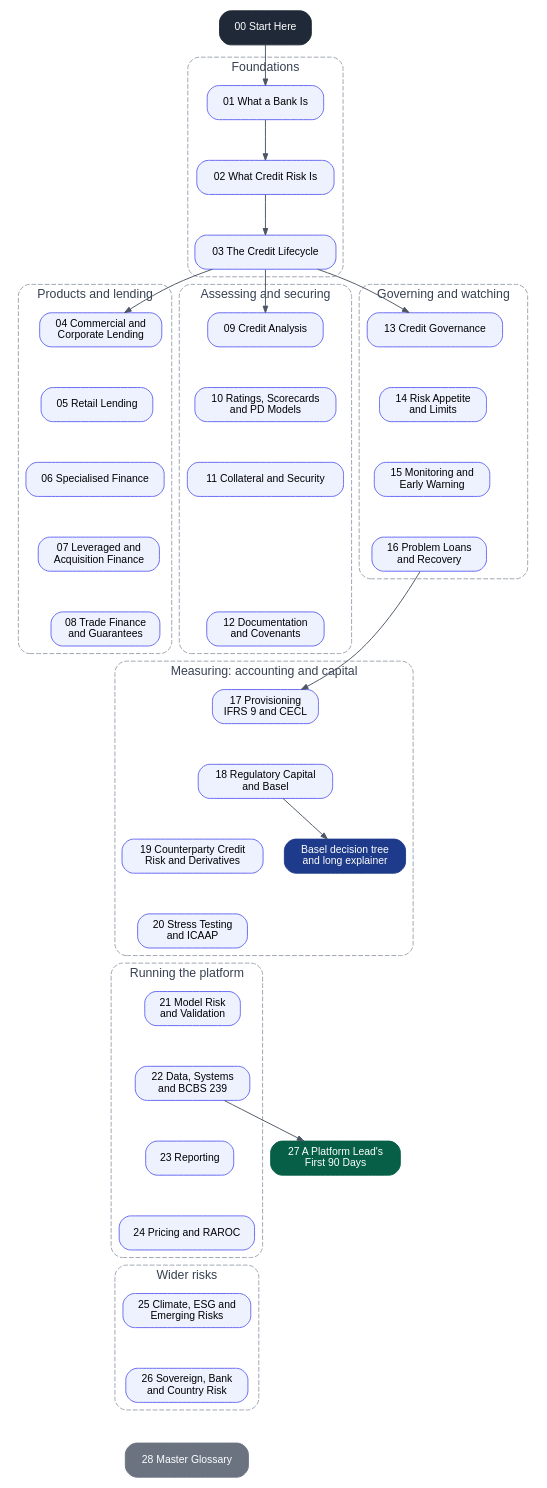
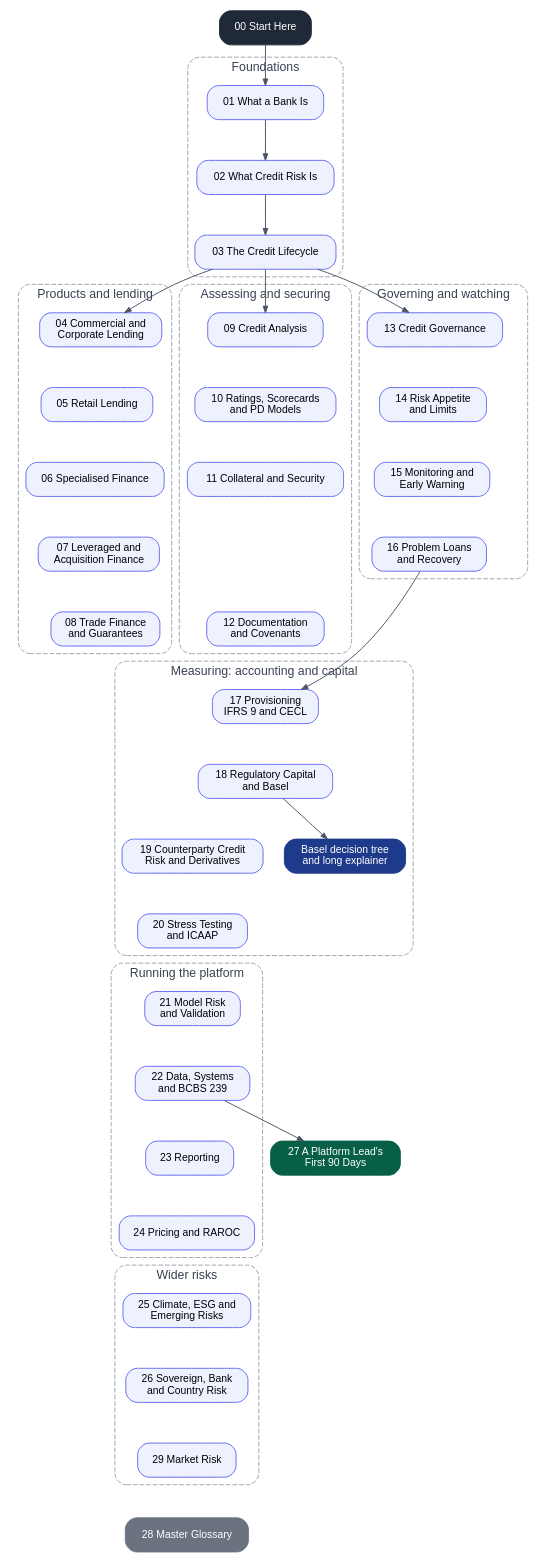
The diagram in docs/credit-risk-bible/diagrams/00-vault-map.dot (datamitguy/AI-explaiers), drawn with Graphviz before and after one commit. The commit also changed 7 other files, not shown here.

First line of the commit message:
Wire market risk note 29 into the vault

```diff
--- a/docs/credit-risk-bible/diagrams/00-vault-map.dot
+++ b/docs/credit-risk-bible/diagrams/00-vault-map.dot
@@ -1,51 +1,51 @@
 digraph VaultMap {
   graph [rankdir=TB, splines=true, nodesep=0.3, ranksep=0.6, fontname="Helvetica", fontsize=13, bgcolor="white", newrank=true];
   node  [shape=box, style="rounded,filled", fillcolor="#eef2ff", color="#6366f1", fontname="Helvetica", fontsize=11, margin="0.15,0.08"];
   edge  [color="#4b5563", arrowsize=0.7];
 
   Start [label="00 Start Here", fillcolor="#1f2937", fontcolor="white", color="#1f2937"];
 
   subgraph cluster_a { label="Foundations"; style="rounded,dashed"; color="#9ca3af"; fontcolor="#374151";
     N01 [label="01 What a Bank Is"]; N02 [label="02 What Credit Risk Is"]; N03 [label="03 The Credit Lifecycle"];
   }
   subgraph cluster_b { label="Products and lending"; style="rounded,dashed"; color="#9ca3af"; fontcolor="#374151";
     N04 [label="04 Commercial and\nCorporate Lending"]; N05 [label="05 Retail Lending"];
     N06 [label="06 Specialised Finance"]; N07 [label="07 Leveraged and\nAcquisition Finance"]; N08 [label="08 Trade Finance\nand Guarantees"];
   }
   subgraph cluster_c { label="Assessing and securing"; style="rounded,dashed"; color="#9ca3af"; fontcolor="#374151";
     N09 [label="09 Credit Analysis"]; N10 [label="10 Ratings, Scorecards\nand PD Models"];
     N11 [label="11 Collateral and Security"]; N12 [label="12 Documentation\nand Covenants"];
   }
   subgraph cluster_d { label="Governing and watching"; style="rounded,dashed"; color="#9ca3af"; fontcolor="#374151";
     N13 [label="13 Credit Governance"]; N14 [label="14 Risk Appetite\nand Limits"];
     N15 [label="15 Monitoring and\nEarly Warning"]; N16 [label="16 Problem Loans\nand Recovery"];
   }
   subgraph cluster_e { label="Measuring: accounting and capital"; style="rounded,dashed"; color="#9ca3af"; fontcolor="#374151";
     N17 [label="17 Provisioning\nIFRS 9 and CECL"]; N18 [label="18 Regulatory Capital\nand Basel"];
     N19 [label="19 Counterparty Credit\nRisk and Derivatives"]; N20 [label="20 Stress Testing\nand ICAAP"];
     Basel [label="Basel decision tree\nand long explainer", fillcolor="#1e3a8a", fontcolor="white", color="#1e3a8a"];
   }
   subgraph cluster_f { label="Running the platform"; style="rounded,dashed"; color="#9ca3af"; fontcolor="#374151";
     N21 [label="21 Model Risk\nand Validation"]; N22 [label="22 Data, Systems\nand BCBS 239"];
     N23 [label="23 Reporting"]; N24 [label="24 Pricing and RAROC"];
   }
   subgraph cluster_g { label="Wider risks"; style="rounded,dashed"; color="#9ca3af"; fontcolor="#374151";
-    N25 [label="25 Climate, ESG and\nEmerging Risks"]; N26 [label="26 Sovereign, Bank\nand Country Risk"];
+    N25 [label="25 Climate, ESG and\nEmerging Risks"]; N26 [label="26 Sovereign, Bank\nand Country Risk"]; N29 [label="29 Market Risk"];
   }
   N27 [label="27 A Platform Lead's\nFirst 90 Days", fillcolor="#065f46", fontcolor="white", color="#065f46"];
   N28 [label="28 Master Glossary", fillcolor="#6b7280", fontcolor="white", color="#6b7280"];
 
   Start -> N01 -> N02 -> N03;
   N03 -> N04; N03 -> N09; N03 -> N13;
   N04 -> N05 -> N06 -> N07 -> N08 [style=invis];
   N09 -> N10 -> N11 -> N12 [style=invis];
   N13 -> N14 -> N15 -> N16 [style=invis];
   N08 -> N17 [style=invis]; N12 -> N17 [style=invis]; N16 -> N17;
   N17 -> N18 -> N19 -> N20 [style=invis];
   N18 -> Basel;
   N20 -> N21 [style=invis];
   N21 -> N22 -> N23 -> N24 [style=invis];
-  N24 -> N25 -> N26 [style=invis];
+  N24 -> N25 -> N26 -> N29 [style=invis];
   N22 -> N27;
-  N26 -> N28 [style=invis];
+  N29 -> N28 [style=invis];
 }
```
